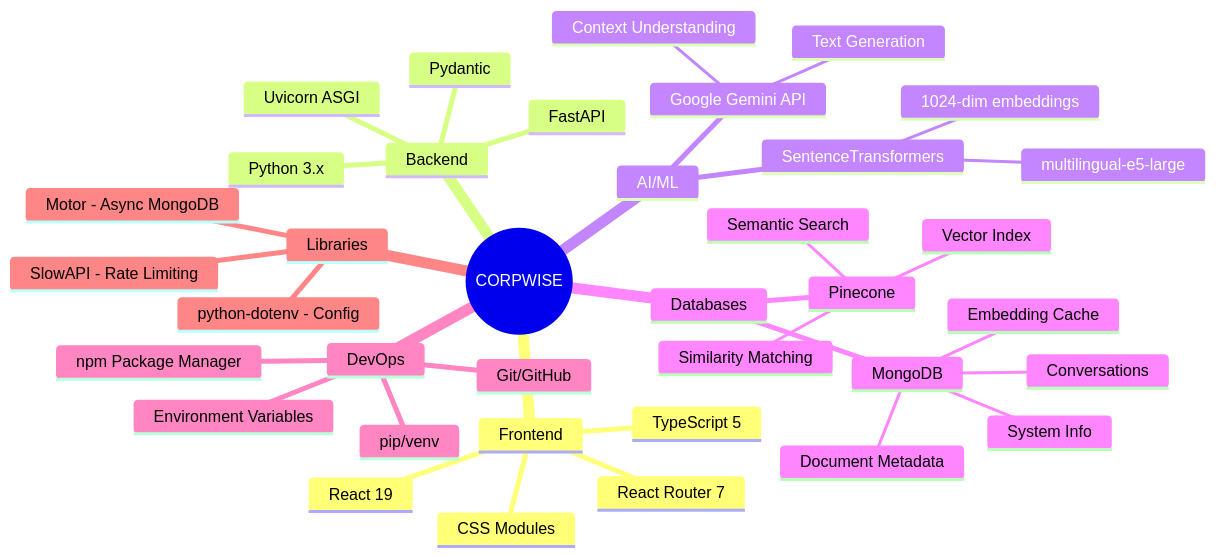
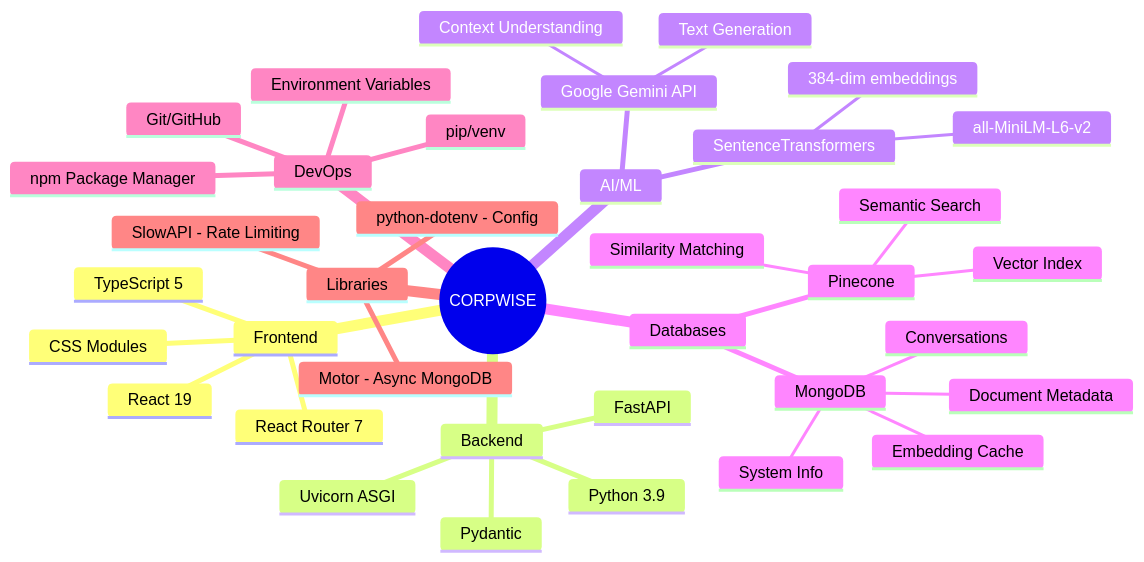
The tenth of 18 diagrams in project_workflow.md (ShantanuV2709/CORPWISE), drawn with Mermaid before and after one commit. The commit also changed other lines of this file and 7 other files, not shown here.

````diff
--- a/project_workflow.md
+++ b/project_workflow.md
@@ -463,40 +464,40 @@
 ```mermaid
 mindmap
   root((CORPWISE))
     Frontend
       React 19
       TypeScript 5
       React Router 7
       CSS Modules
     Backend
       FastAPI
-      Python 3.x
+      Python 3.9
       Uvicorn ASGI
       Pydantic
     AI/ML
       Google Gemini API
         Text Generation
         Context Understanding
       SentenceTransformers
-        multilingual-e5-large
-        1024-dim embeddings
+        all-MiniLM-L6-v2
+        384-dim embeddings
     Databases
       MongoDB
         Conversations
         Document Metadata
         Embedding Cache
         System Info
       Pinecone
         Vector Index
         Semantic Search
         Similarity Matching
     DevOps
       Git/GitHub
       npm Package Manager
       pip/venv
       Environment Variables
     Libraries
       Motor - Async MongoDB
       SlowAPI - Rate Limiting
       python-dotenv - Config
 ```
````
